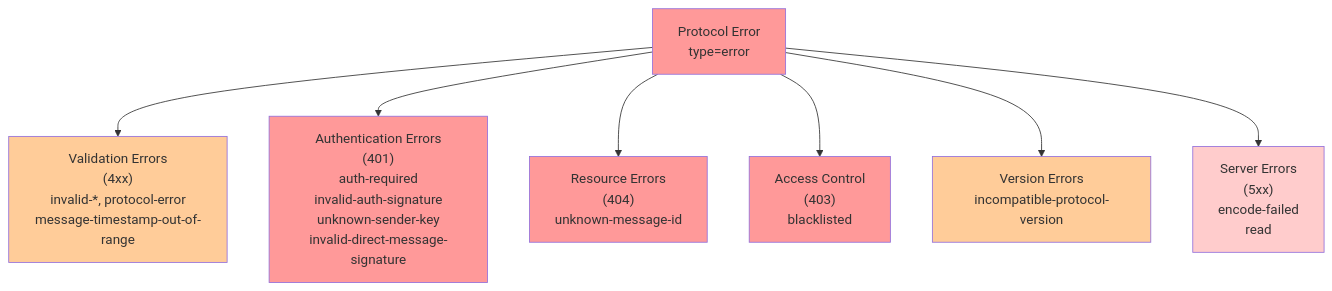
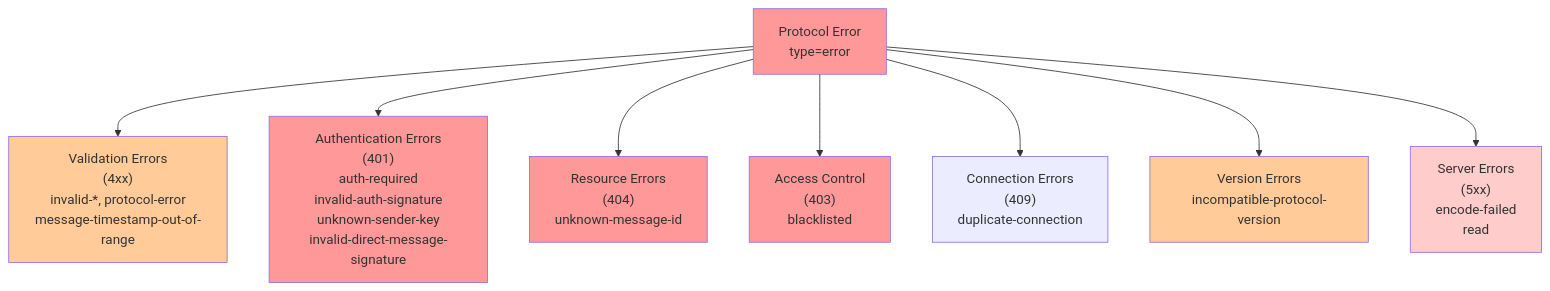
The first of 2 diagrams in docs/protocol/errors.md (piratecash/corsa), drawn with Mermaid before and after one commit. The commit also changed other lines of this file and 5 other files, not shown here.

````diff
--- a/docs/protocol/errors.md
+++ b/docs/protocol/errors.md
@@ -170,19 +186,20 @@
 ```mermaid
 graph TB
   Error["Protocol Error<br/>type=error"]
 
   Error --> Validation["Validation Errors<br/>(4xx)<br/>invalid-*, protocol-error<br/>message-timestamp-out-of-range"]
   Error --> Auth["Authentication Errors<br/>(401)<br/>auth-required<br/>invalid-auth-signature<br/>unknown-sender-key<br/>invalid-direct-message-signature"]
   Error --> Resource["Resource Errors<br/>(404)<br/>unknown-message-id"]
   Error --> Access["Access Control<br/>(403)<br/>blacklisted"]
+  Error --> Connection["Connection Errors<br/>(409)<br/>duplicate-connection"]
   Error --> Version["Version Errors<br/>incompatible-protocol-version"]
   Error --> Server["Server Errors<br/>(5xx)<br/>encode-failed<br/>read"]
 
   style Error fill:#ff9999
   style Validation fill:#ffcc99
   style Auth fill:#ff9999
   style Resource fill:#ff9999
   style Access fill:#ff9999
   style Version fill:#ffcc99
   style Server fill:#ffcccc
 ```
````
